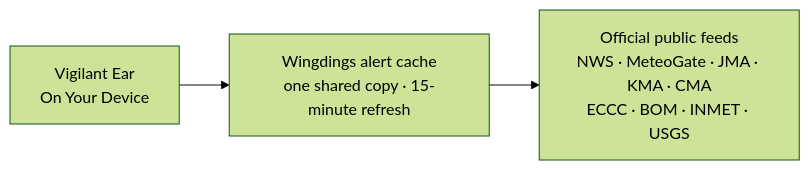
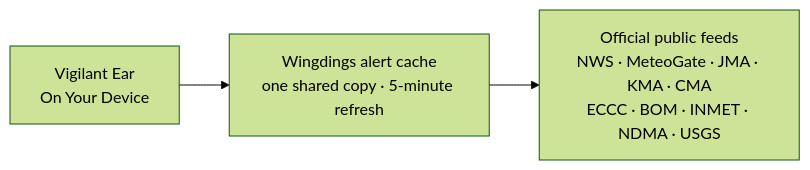
One commit to rpalm01-star/VigilantEarLegal changed the fourth of 4 diagrams in README.md. Above: the diagram before and after it, drawn with Mermaid (forest theme). The commit also changed other lines of this file and 11 other files, not shown here.

````diff
--- a/README.md
+++ b/README.md
@@ -153,5 +158,5 @@
 ```mermaid
 graph LR
-    P1["Vigilant Ear<br/>On Your Device"] --> W["Wingdings alert cache<br/>one shared copy · 15-minute refresh"]
-    W --> N["Official public feeds<br/>NWS · MeteoGate · JMA · KMA · CMA<br/>ECCC · BOM · INMET · USGS"]
+    P1["Vigilant Ear<br/>On Your Device"] --> W["Wingdings alert cache<br/>one shared copy · 5-minute refresh"]
+    W --> N["Official public feeds<br/>NWS · MeteoGate · JMA · KMA · CMA<br/>ECCC · BOM · INMET · NDMA · USGS"]
 ```
````
